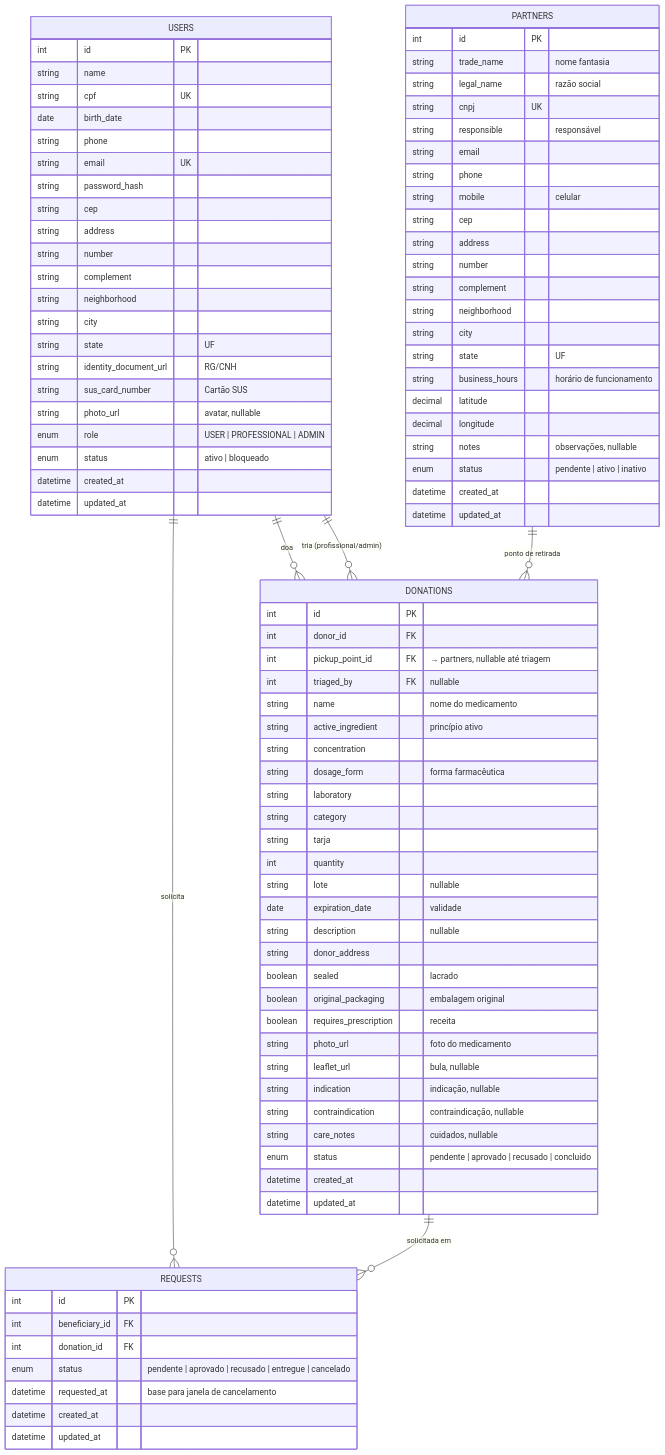
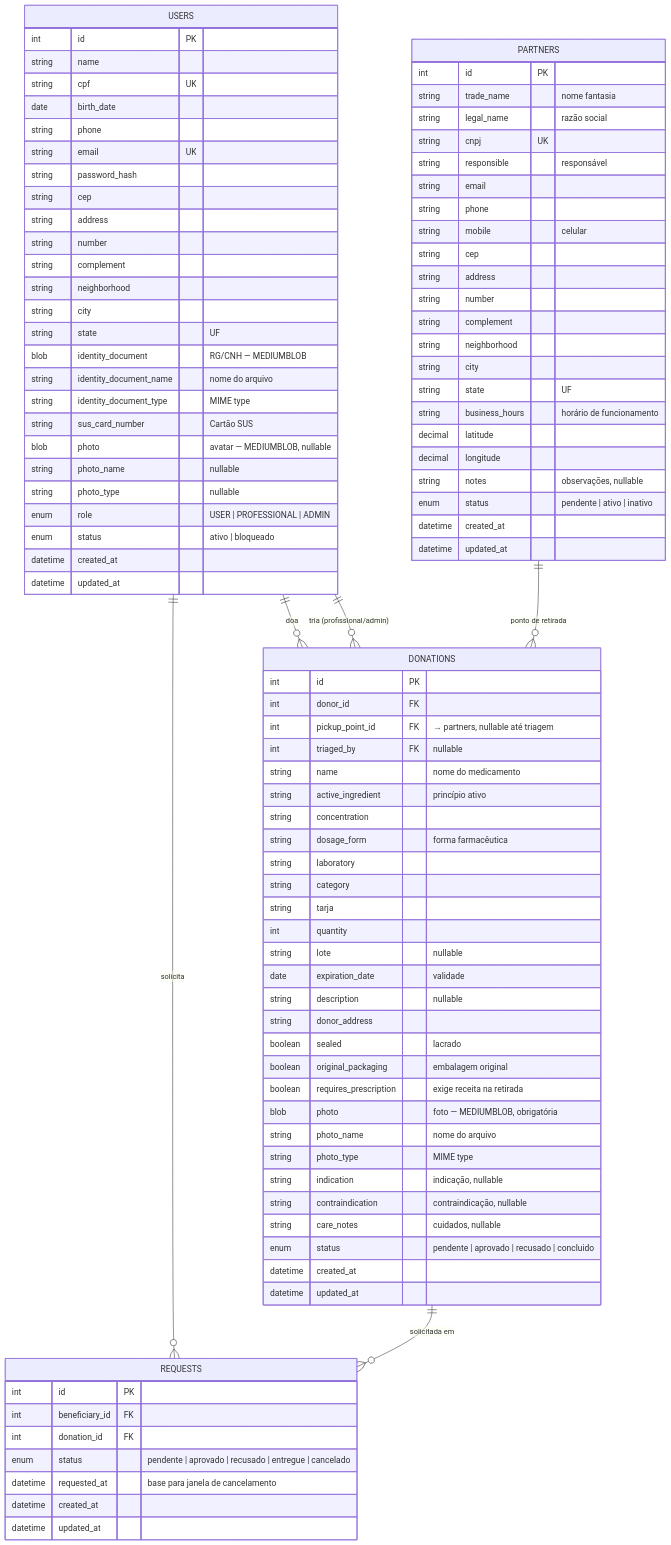
Before and after one commit to MartinsALaura/med-link-backend: the first of 3 diagrams in docs/modelo-de-dados.md, drawn with Mermaid. The commit also changed other lines of this file and 49 other files, not shown here.

```diff
--- a/docs/modelo-de-dados.md
+++ b/docs/modelo-de-dados.md
@@ -28,9 +28,13 @@
         string neighborhood
         string city
         string state "UF"
-        string identity_document_url "RG/CNH"
+        blob identity_document "RG/CNH — MEDIUMBLOB"
+        string identity_document_name "nome do arquivo"
+        string identity_document_type "MIME type"
         string sus_card_number "Cartão SUS"
-        string photo_url "avatar, nullable"
+        blob photo "avatar — MEDIUMBLOB, nullable"
+        string photo_name "nullable"
+        string photo_type "nullable"
         enum role "USER | PROFESSIONAL | ADMIN"
         enum status "ativo | bloqueado"
         datetime created_at
@@ -56,9 +60,10 @@
         string donor_address
         boolean sealed "lacrado"
         boolean original_packaging "embalagem original"
-        boolean requires_prescription "receita"
-        string photo_url "foto do medicamento"
-        string leaflet_url "bula, nullable"
+        boolean requires_prescription "exige receita na retirada"
+        blob photo "foto — MEDIUMBLOB, obrigatória"
+        string photo_name "nome do arquivo"
+        string photo_type "MIME type"
         string indication "indicação, nullable"
         string contraindication "contraindicação, nullable"
         string care_notes "cuidados, nullable"
```
